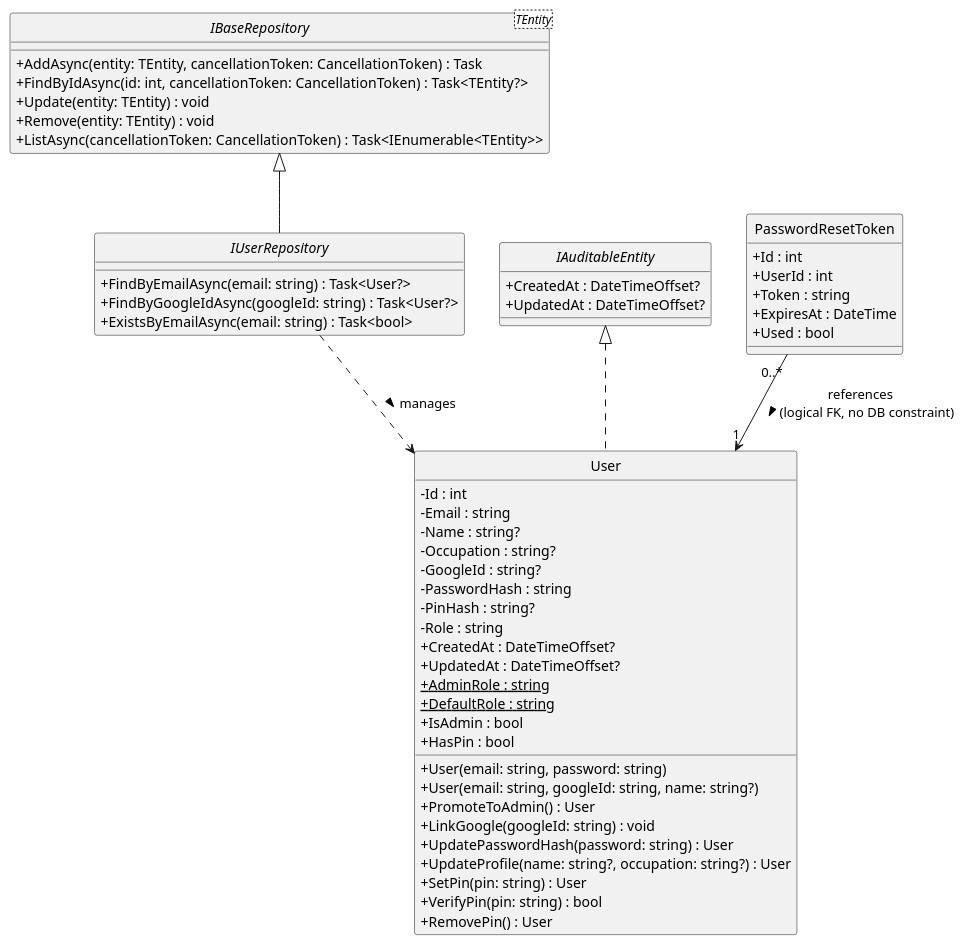
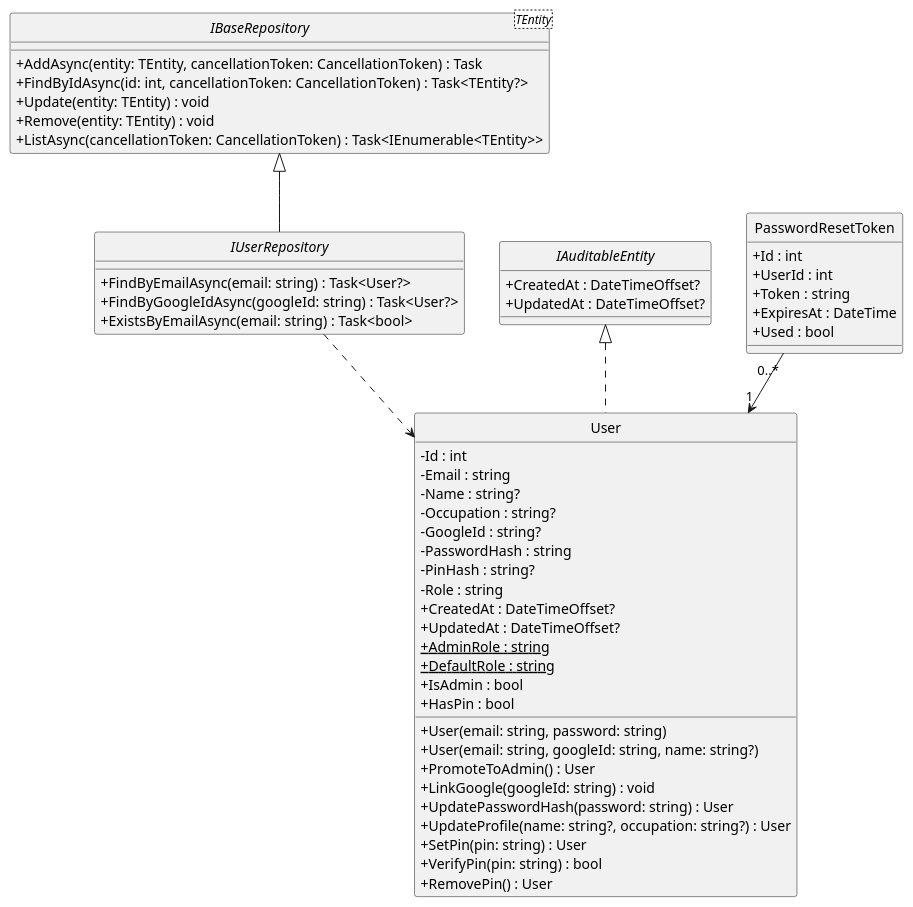
The diagram in assets/diagrams/bounded-context-iam-class.puml (upc-pre-202620-1acc0238-4950-CogniTech/mindflow-report), drawn with PlantUML before and after one commit. The commit also changed 16 other files, not shown here.

```diff
--- a/assets/diagrams/bounded-context-iam-class.puml
+++ b/assets/diagrams/bounded-context-iam-class.puml
@@ -1,63 +1,63 @@
 @startuml IAM_DomainLayer_ClassDiagram
 skinparam classAttributeIconSize 0
 hide circle
 
 interface IAuditableEntity {
   +CreatedAt : DateTimeOffset?
   +UpdatedAt : DateTimeOffset?
 }
 
 interface "IBaseRepository<TEntity>" as IBaseRepository {
   +AddAsync(entity: TEntity, cancellationToken: CancellationToken) : Task
   +FindByIdAsync(id: int, cancellationToken: CancellationToken) : Task<TEntity?>
   +Update(entity: TEntity) : void
   +Remove(entity: TEntity) : void
   +ListAsync(cancellationToken: CancellationToken) : Task<IEnumerable<TEntity>>
 }
 
 class User {
   -Id : int
   -Email : string
   -Name : string?
   -Occupation : string?
   -GoogleId : string?
   -PasswordHash : string
   -PinHash : string?
   -Role : string
   +CreatedAt : DateTimeOffset?
   +UpdatedAt : DateTimeOffset?
   +{static} AdminRole : string
   +{static} DefaultRole : string
   +IsAdmin : bool
   +HasPin : bool
   +User(email: string, password: string)
   +User(email: string, googleId: string, name: string?)
   +PromoteToAdmin() : User
   +LinkGoogle(googleId: string) : void
   +UpdatePasswordHash(password: string) : User
   +UpdateProfile(name: string?, occupation: string?) : User
   +SetPin(pin: string) : User
   +VerifyPin(pin: string) : bool
   +RemovePin() : User
 }
 
 class PasswordResetToken {
   +Id : int
   +UserId : int
   +Token : string
   +ExpiresAt : DateTime
   +Used : bool
 }
 
 interface IUserRepository {
   +FindByEmailAsync(email: string) : Task<User?>
   +FindByGoogleIdAsync(googleId: string) : Task<User?>
   +ExistsByEmailAsync(email: string) : Task<bool>
 }
 
 User .up.|> IAuditableEntity
 IUserRepository -up-|> IBaseRepository
-IUserRepository ..> User : manages >
-PasswordResetToken "0..*" --> "1" User : references\n(logical FK, no DB constraint) >
+IUserRepository ..> User
+PasswordResetToken "0..*" --> "1" User
 
 @enduml
```
